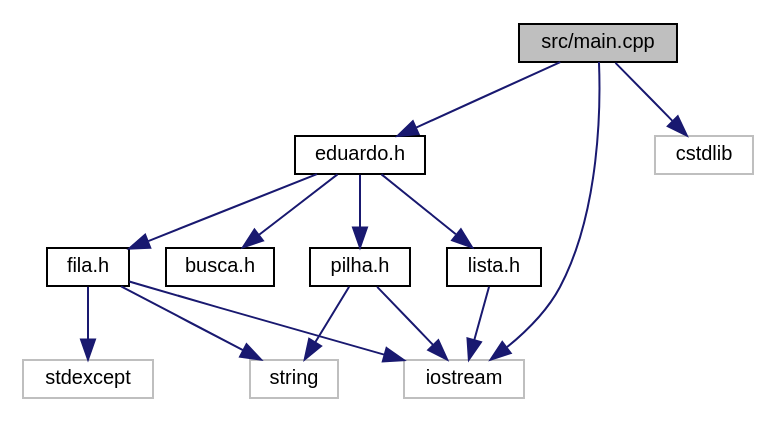
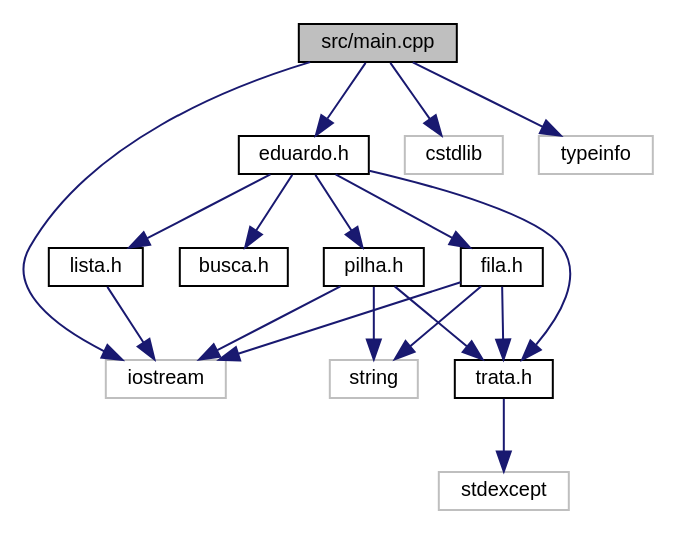
The diagram in doc/main_8cpp__incl.dot (EduardoRique/lab10), drawn with Graphviz before and after one commit. The commit also changed 125 other files, not shown here.

```diff
--- a/doc/main_8cpp__incl.dot
+++ b/doc/main_8cpp__incl.dot
@@ -1,28 +1,34 @@
 digraph "src/main.cpp"
 {
   edge [fontname="Helvetica",fontsize="10",labelfontname="Helvetica",labelfontsize="10"];
   node [fontname="Helvetica",fontsize="10",shape=record];
   Node1 [label="src/main.cpp",height=0.2,width=0.4,color="black", fillcolor="grey75", style="filled" fontcolor="black"];
   Node1 -> Node2 [color="midnightblue",fontsize="10",style="solid",fontname="Helvetica"];
   Node2 [label="iostream",height=0.2,width=0.4,color="grey75", fillcolor="white", style="filled"];
   Node1 -> Node3 [color="midnightblue",fontsize="10",style="solid",fontname="Helvetica"];
   Node3 [label="cstdlib",height=0.2,width=0.4,color="grey75", fillcolor="white", style="filled"];
   Node1 -> Node4 [color="midnightblue",fontsize="10",style="solid",fontname="Helvetica"];
-  Node4 [label="eduardo.h",height=0.2,width=0.4,color="black", fillcolor="white", style="filled",URL="$eduardo_8h_source.html"];
-  Node4 -> Node5 [color="midnightblue",fontsize="10",style="solid",fontname="Helvetica"];
-  Node5 [label="pilha.h",height=0.2,width=0.4,color="black", fillcolor="white", style="filled",URL="$pilha_8h.html",tooltip="Cabecalho da classe Pilha. "];
-  Node5 -> Node2 [color="midnightblue",fontsize="10",style="solid",fontname="Helvetica"];
+  Node4 [label="typeinfo",height=0.2,width=0.4,color="grey75", fillcolor="white", style="filled"];
+  Node1 -> Node5 [color="midnightblue",fontsize="10",style="solid",fontname="Helvetica"];
+  Node5 [label="eduardo.h",height=0.2,width=0.4,color="black", fillcolor="white", style="filled",URL="$eduardo_8h_source.html"];
   Node5 -> Node6 [color="midnightblue",fontsize="10",style="solid",fontname="Helvetica"];
-  Node6 [label="string",height=0.2,width=0.4,color="grey75", fillcolor="white", style="filled"];
-  Node4 -> Node7 [color="midnightblue",fontsize="10",style="solid",fontname="Helvetica"];
-  Node7 [label="fila.h",height=0.2,width=0.4,color="black", fillcolor="white", style="filled",URL="$fila_8h_source.html"];
-  Node7 -> Node2 [color="midnightblue",fontsize="10",style="solid",fontname="Helvetica"];
-  Node7 -> Node6 [color="midnightblue",fontsize="10",style="solid",fontname="Helvetica"];
-  Node7 -> Node8 [color="midnightblue",fontsize="10",style="solid",fontname="Helvetica"];
-  Node8 [label="stdexcept",height=0.2,width=0.4,color="grey75", fillcolor="white", style="filled"];
-  Node4 -> Node9 [color="midnightblue",fontsize="10",style="solid",fontname="Helvetica"];
-  Node9 [label="lista.h",height=0.2,width=0.4,color="black", fillcolor="white", style="filled",URL="$lista_8h.html",tooltip="Cabecalho da classe Lista. "];
-  Node9 -> Node2 [color="midnightblue",fontsize="10",style="solid",fontname="Helvetica"];
-  Node4 -> Node10 [color="midnightblue",fontsize="10",style="solid",fontname="Helvetica"];
-  Node10 [label="busca.h",height=0.2,width=0.4,color="black", fillcolor="white", style="filled",URL="$busca_8h.html",tooltip="arquivo com as definicoes e implementacoes das buscas "];
+  Node6 [label="pilha.h",height=0.2,width=0.4,color="black", fillcolor="white", style="filled",URL="$pilha_8h.html",tooltip="Cabecalho da classe Pilha. "];
+  Node6 -> Node2 [color="midnightblue",fontsize="10",style="solid",fontname="Helvetica"];
+  Node6 -> Node7 [color="midnightblue",fontsize="10",style="solid",fontname="Helvetica"];
+  Node7 [label="string",height=0.2,width=0.4,color="grey75", fillcolor="white", style="filled"];
+  Node6 -> Node8 [color="midnightblue",fontsize="10",style="solid",fontname="Helvetica"];
+  Node8 [label="trata.h",height=0.2,width=0.4,color="black", fillcolor="white", style="filled",URL="$trata_8h_source.html"];
+  Node8 -> Node9 [color="midnightblue",fontsize="10",style="solid",fontname="Helvetica"];
+  Node9 [label="stdexcept",height=0.2,width=0.4,color="grey75", fillcolor="white", style="filled"];
+  Node5 -> Node10 [color="midnightblue",fontsize="10",style="solid",fontname="Helvetica"];
+  Node10 [label="fila.h",height=0.2,width=0.4,color="black", fillcolor="white", style="filled",URL="$fila_8h_source.html"];
+  Node10 -> Node2 [color="midnightblue",fontsize="10",style="solid",fontname="Helvetica"];
+  Node10 -> Node7 [color="midnightblue",fontsize="10",style="solid",fontname="Helvetica"];
+  Node10 -> Node8 [color="midnightblue",fontsize="10",style="solid",fontname="Helvetica"];
+  Node5 -> Node11 [color="midnightblue",fontsize="10",style="solid",fontname="Helvetica"];
+  Node11 [label="lista.h",height=0.2,width=0.4,color="black", fillcolor="white", style="filled",URL="$lista_8h.html",tooltip="Cabecalho da classe Lista. "];
+  Node11 -> Node2 [color="midnightblue",fontsize="10",style="solid",fontname="Helvetica"];
+  Node5 -> Node12 [color="midnightblue",fontsize="10",style="solid",fontname="Helvetica"];
+  Node12 [label="busca.h",height=0.2,width=0.4,color="black", fillcolor="white", style="filled",URL="$busca_8h.html",tooltip="arquivo com as definicoes e implementacoes das buscas "];
+  Node5 -> Node8 [color="midnightblue",fontsize="10",style="solid",fontname="Helvetica"];
 }
```
